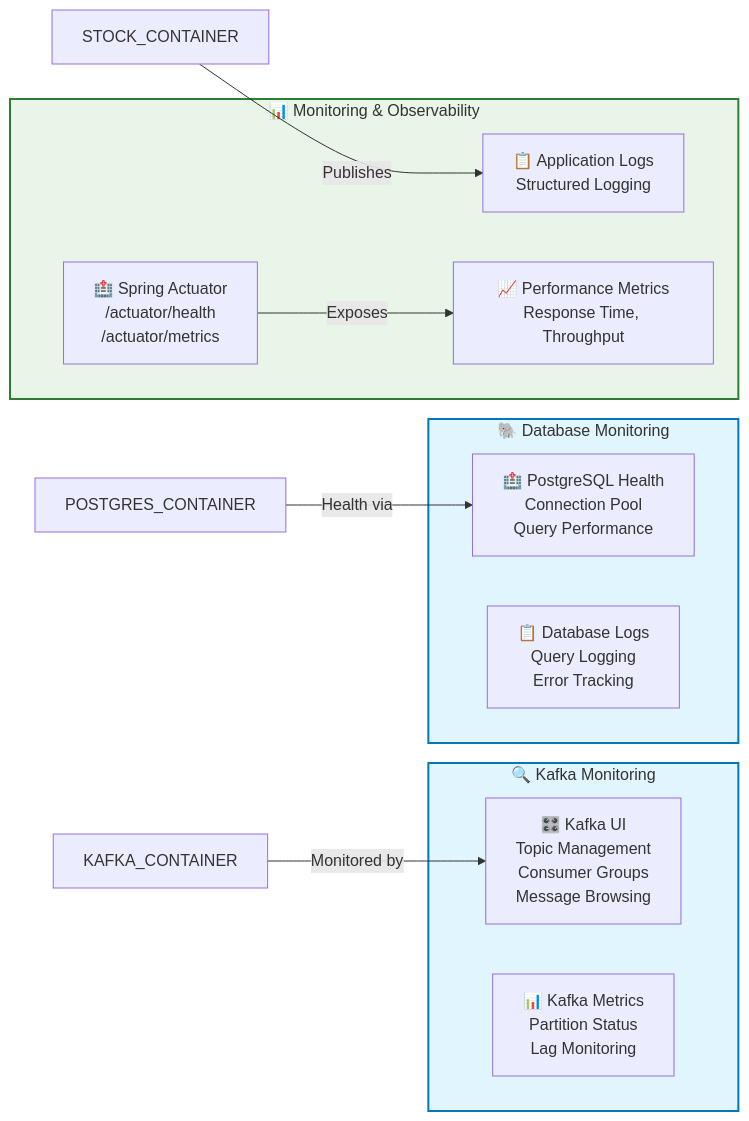
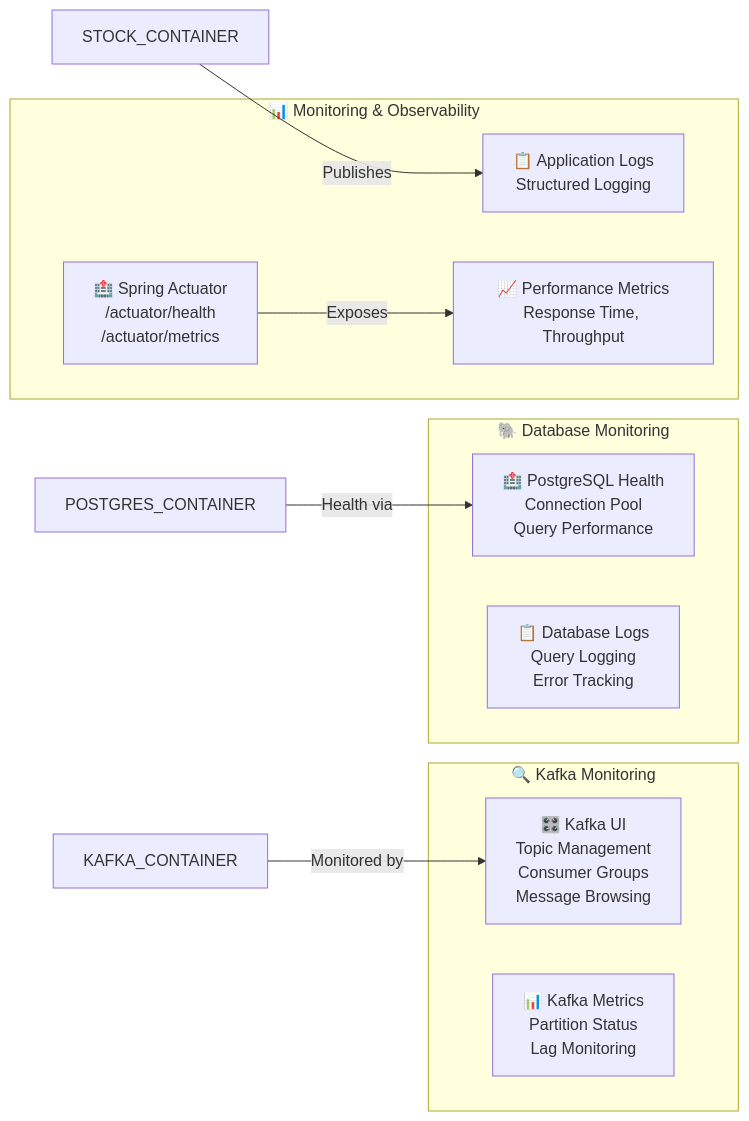
Before and after one commit to italo-costa/estudosKBNT_Kafka_Logs_V2_cleanCode: the fifth of 5 diagrams in ARCHITECTURE_DIAGRAM.md, drawn with Mermaid. The commit also changed other lines of this file and 2 other files, not shown here.

First line of the commit message:
Fix Mermaid diagrams for GitHub compatibility

````diff
--- a/ARCHITECTURE_DIAGRAM.md
+++ b/ARCHITECTURE_DIAGRAM.md
@@ -279,32 +213,23 @@
 ```mermaid
 graph LR
-    %% Definição de estilos
-    classDef metricsStyle fill:#e8f5e8,stroke:#2e7d32,stroke-width:2px
-    classDef alertStyle fill:#ffebee,stroke:#c62828,stroke-width:2px
-    classDef dashStyle fill:#e1f5fe,stroke:#0277bd,stroke-width:2px
-
     subgraph MONITORING ["📊 Monitoring & Observability"]
         ACTUATOR["🏥 Spring Actuator<br/>/actuator/health<br/>/actuator/metrics"]
         LOGS["📋 Application Logs<br/>Structured Logging"]
         METRICS["📈 Performance Metrics<br/>Response Time, Throughput"]
     end
 
     subgraph KAFKA_MONITORING ["🔍 Kafka Monitoring"]
         KAFKA_UI_MONITOR["🎛️ Kafka UI<br/>Topic Management<br/>Consumer Groups<br/>Message Browsing"]
         KAFKA_METRICS["📊 Kafka Metrics<br/>Partition Status<br/>Lag Monitoring"]
     end
 
     subgraph DATABASE_MONITORING ["🐘 Database Monitoring"]
         PG_HEALTH["🏥 PostgreSQL Health<br/>Connection Pool<br/>Query Performance"]
         PG_LOGS["📋 Database Logs<br/>Query Logging<br/>Error Tracking"]
     end
 
     ACTUATOR -->|Exposes| METRICS
     STOCK_CONTAINER -->|Publishes| LOGS
     KAFKA_CONTAINER -->|Monitored by| KAFKA_UI_MONITOR
     POSTGRES_CONTAINER -->|Health via| PG_HEALTH
-
-    class MONITORING metricsStyle
-    class KAFKA_MONITORING dashStyle
-    class DATABASE_MONITORING dashStyle
 ```
````
